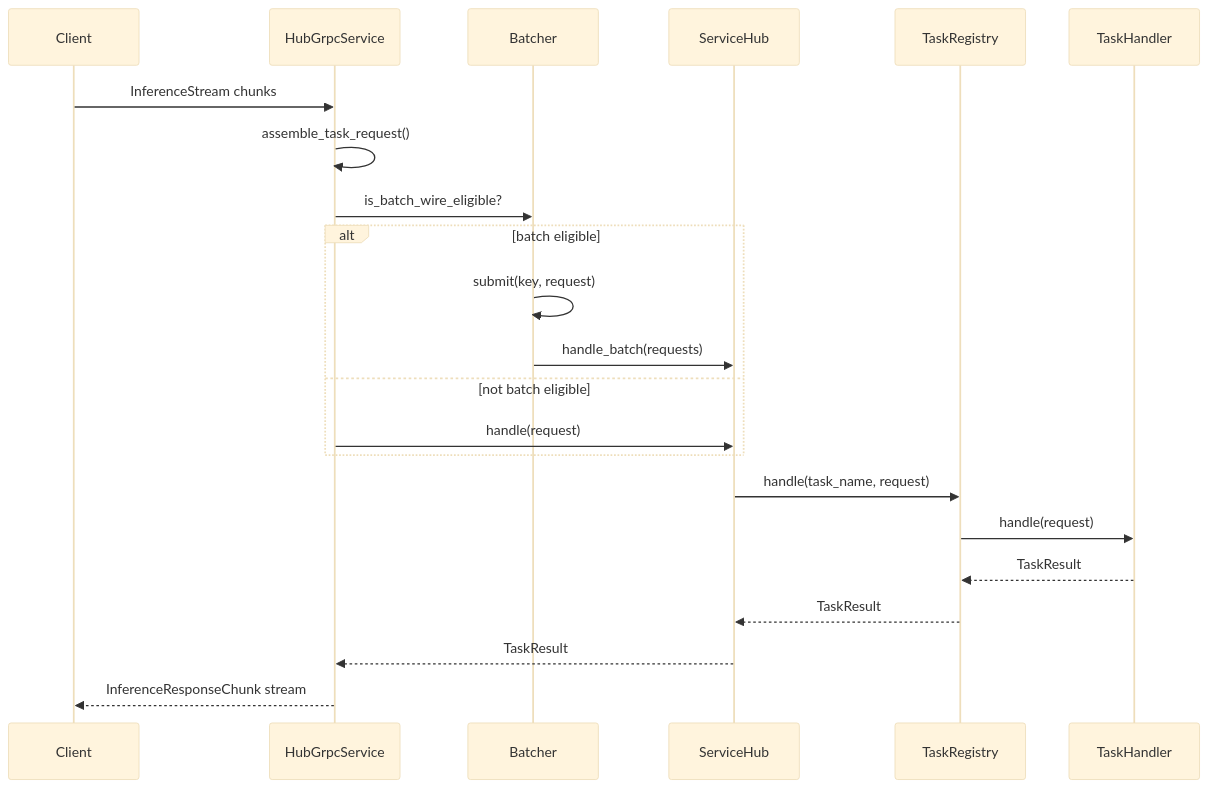
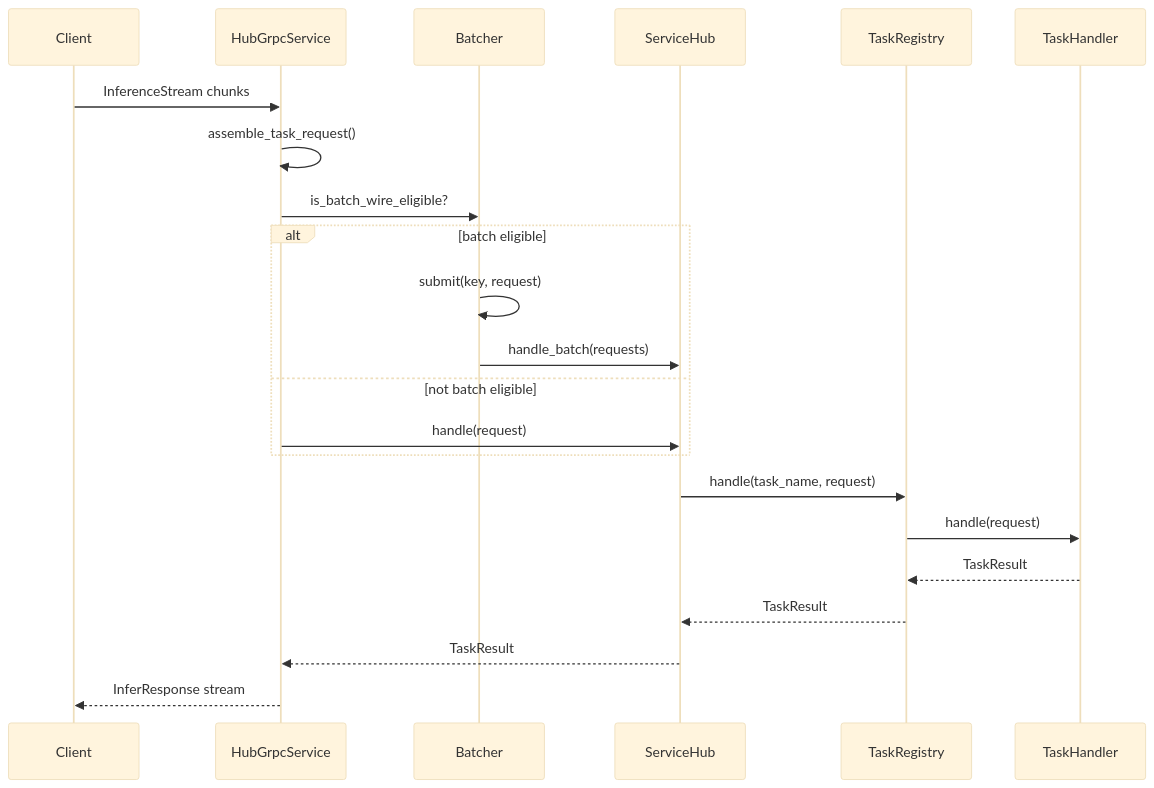
One commit to EdwinZhanCN/Lumen-Hub changed the first of 3 diagrams in docs/docs/architecture/request-lifecycle.md. Above: the diagram before and after it, drawn with Mermaid (base theme). The commit also changed other lines of this file and 16 other files, not shown here.

````diff
--- a/docs/docs/architecture/request-lifecycle.md
+++ b/docs/docs/architecture/request-lifecycle.md
@@ -20,25 +21,25 @@
 ```mermaid
 sequenceDiagram
     participant Client
     participant gRPC as HubGrpcService
     participant Batcher
     participant Hub as ServiceHub
     participant Registry as TaskRegistry
     participant Task as TaskHandler
 
     Client->>gRPC: InferenceStream chunks
     gRPC->>gRPC: assemble_task_request()
     gRPC->>Batcher: is_batch_wire_eligible?
     alt batch eligible
         Batcher->>Batcher: submit(key, request)
         Batcher->>Hub: handle_batch(requests)
     else not batch eligible
         gRPC->>Hub: handle(request)
     end
     Hub->>Registry: handle(task_name, request)
     Registry->>Task: handle(request)
     Task-->>Registry: TaskResult
     Registry-->>Hub: TaskResult
     Hub-->>gRPC: TaskResult
-    gRPC-->>Client: InferenceResponseChunk stream
+    gRPC-->>Client: InferResponse stream
 ```
````
